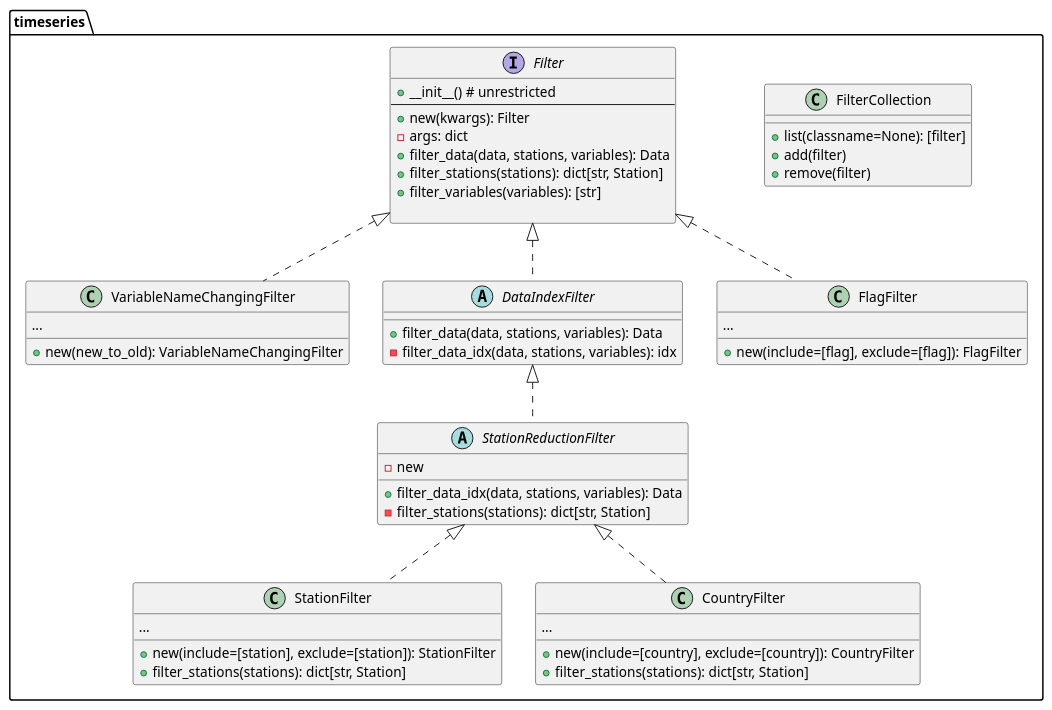
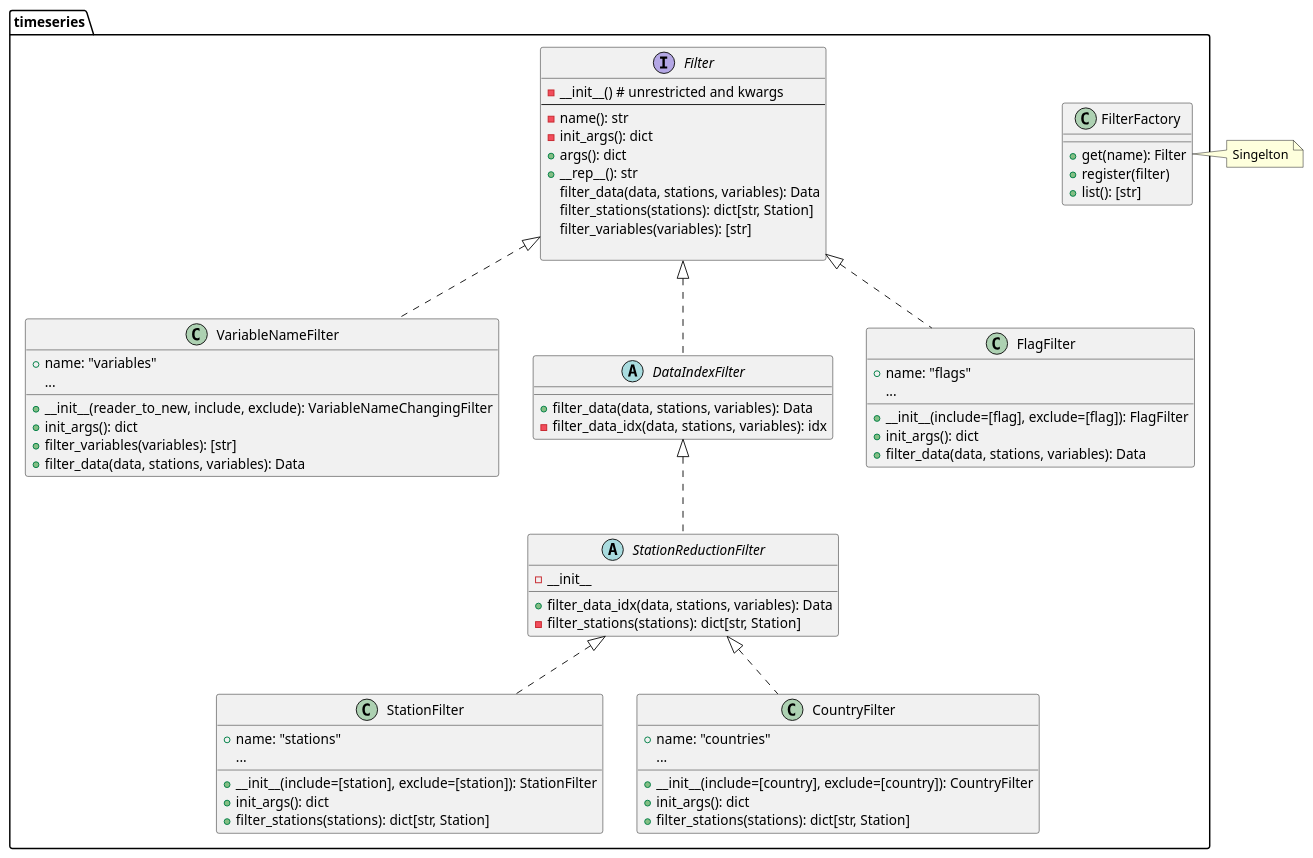
One commit to metno/pyaro changed the diagram in docs/puml/Filter.puml. Above: the diagram before and after it, drawn with PlantUML. The commit also changed 2 other files, not shown here.

Commit message:
adding FilterFactory

```diff
--- a/docs/puml/Filter.puml
+++ b/docs/puml/Filter.puml
@@ -1,58 +1,74 @@
-class timeseries.FilterCollection {
-    +list(classname=None): [filter]
-    +add(filter)
-    +remove(filter)
+class timeseries.FilterFactory {
+    +get(name): Filter
+    +register(filter)
+    +list(): [str]
 }
+note right of timeseries.FilterFactory
+    Singelton
+end note
 
 interface timeseries.Filter {
-  + __init__() # unrestricted
+  - __init__() # unrestricted and kwargs
   --
-  + new(kwargs): Filter
-  - args: dict
-  + filter_data(data, stations, variables): Data
-  + filter_stations(stations): dict[str, Station]
-  + filter_variables(variables): [str]
+  - name(): str
+  - init_args(): dict
+  + args(): dict
+  + __rep__(): str
+   filter_data(data, stations, variables): Data
+   filter_stations(stations): dict[str, Station]
+   filter_variables(variables): [str]
 
 }
 
-class timeseries.VariableNameChangingFilter {
-    + new(new_to_old): VariableNameChangingFilter
-    ...
+class timeseries.VariableNameFilter {
+  + __init__(reader_to_new, include, exclude): VariableNameChangingFilter
+  + name: "variables"
+  + init_args(): dict
+  + filter_variables(variables): [str]
+  + filter_data(data, stations, variables): Data
+  ...
 }
 
 abstract class timeseries.DataIndexFilter {
-    + filter_data(data, stations, variables): Data
-    - filter_data_idx(data, stations, variables): idx
+  + filter_data(data, stations, variables): Data
+  - filter_data_idx(data, stations, variables): idx
 }
 
 
 abstract class timeseries.StationReductionFilter {
-    - new
-    + filter_data_idx(data, stations, variables): Data
-    - filter_stations(stations): dict[str, Station]
+  - __init__
+  + filter_data_idx(data, stations, variables): Data
+  - filter_stations(stations): dict[str, Station]
 }
 
 class timeseries.StationFilter {
-    + new(include=[station], exclude=[station]): StationFilter
-    + filter_stations(stations): dict[str, Station]
-    ...
+  + __init__(include=[station], exclude=[station]): StationFilter
+  + name: "stations"
+  + init_args(): dict
+  + filter_stations(stations): dict[str, Station]
+  ...
 }
 
 class timeseries.CountryFilter {
-    + new(include=[country], exclude=[country]): CountryFilter
-    + filter_stations(stations): dict[str, Station]
-    ...
+  + __init__(include=[country], exclude=[country]): CountryFilter
+  + name: "countries"
+  + init_args(): dict
+  + filter_stations(stations): dict[str, Station]
+  ...
 }
 
 class timeseries.FlagFilter {
-    + new(include=[flag], exclude=[flag]): FlagFilter
-    ...
+  + __init__(include=[flag], exclude=[flag]): FlagFilter
+  + name: "flags"
+  + init_args(): dict
+  + filter_data(data, stations, variables): Data
+  ...
 }
 
 
-timeseries.Filter <|.. timeseries.VariableNameChangingFilter
+timeseries.Filter <|.. timeseries.VariableNameFilter
 timeseries.Filter <|.. timeseries.DataIndexFilter
 timeseries.DataIndexFilter <|.. timeseries.StationReductionFilter
 timeseries.StationReductionFilter <|.. timeseries.StationFilter
 timeseries.StationReductionFilter <|.. timeseries.CountryFilter
 timeseries.Filter <|.. timeseries.FlagFilter
```
